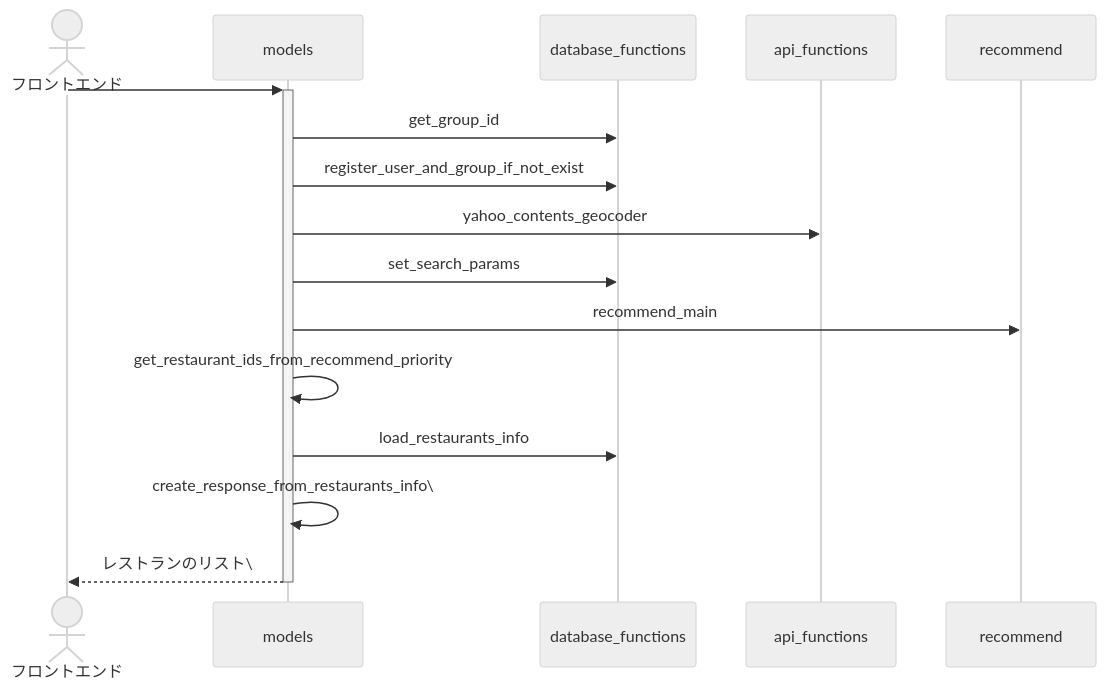
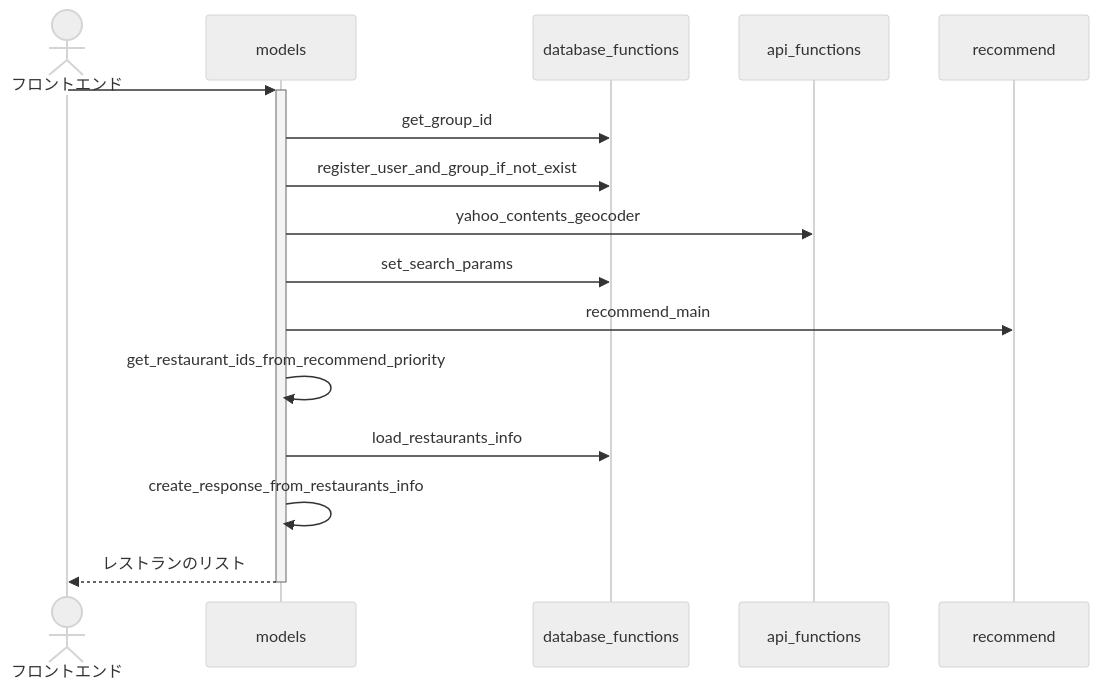
Before and after one commit to seal-git/22zemi: the third of 6 diagrams in python-flask/SequenceDiagram.md, drawn with Mermaid (neutral theme). The commit also changed other lines of this file, not shown here.

Commit message:
sequence diagram

````diff
--- a/python-flask/SequenceDiagram.md
+++ b/python-flask/SequenceDiagram.md
@@ -31,15 +34,15 @@
 ```mermaid
 sequenceDiagram
     actor フロントエンド
     
     フロントエンド ->>+ models : 
     models ->> database_functions : get_group_id
     models ->> database_functions : register_user_and_group_if_not_exist
     models ->> api_functions : yahoo_contents_geocoder
     models ->> database_functions : set_search_params
     models ->> recommend : recommend_main
     models ->> models : get_restaurant_ids_from_recommend_priority
     models ->> database_functions : load_restaurants_info
-    models ->> models : create_response_from_restaurants_info\
-    models -->>- フロントエンド : レストランのリスト\
+    models ->> models : create_response_from_restaurants_info
+    models -->>- フロントエンド : レストランのリスト
 ```
````
